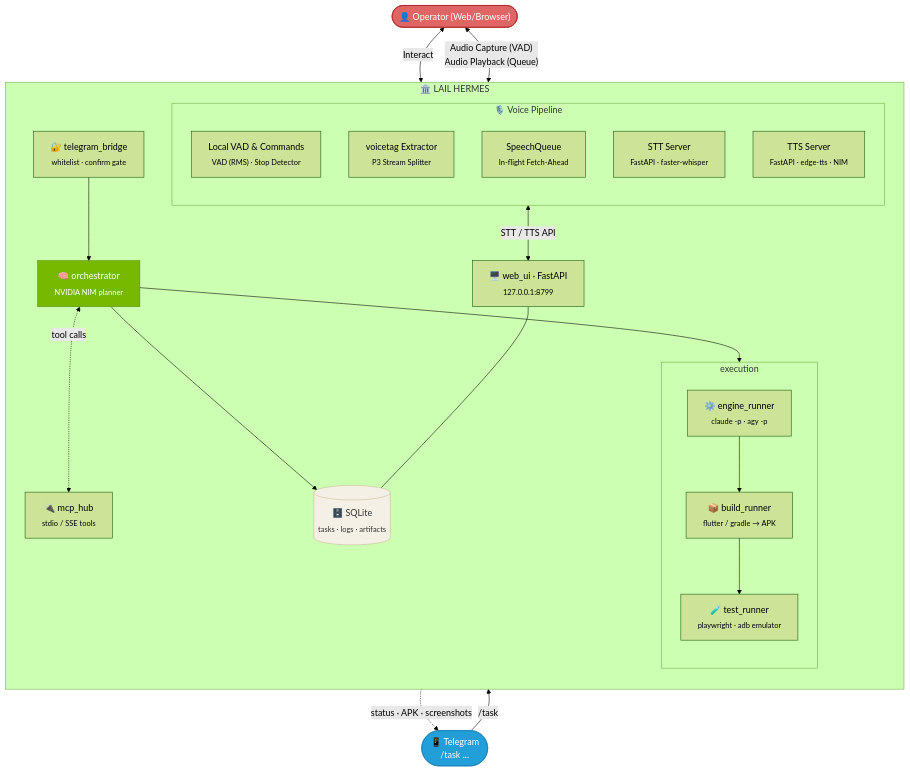
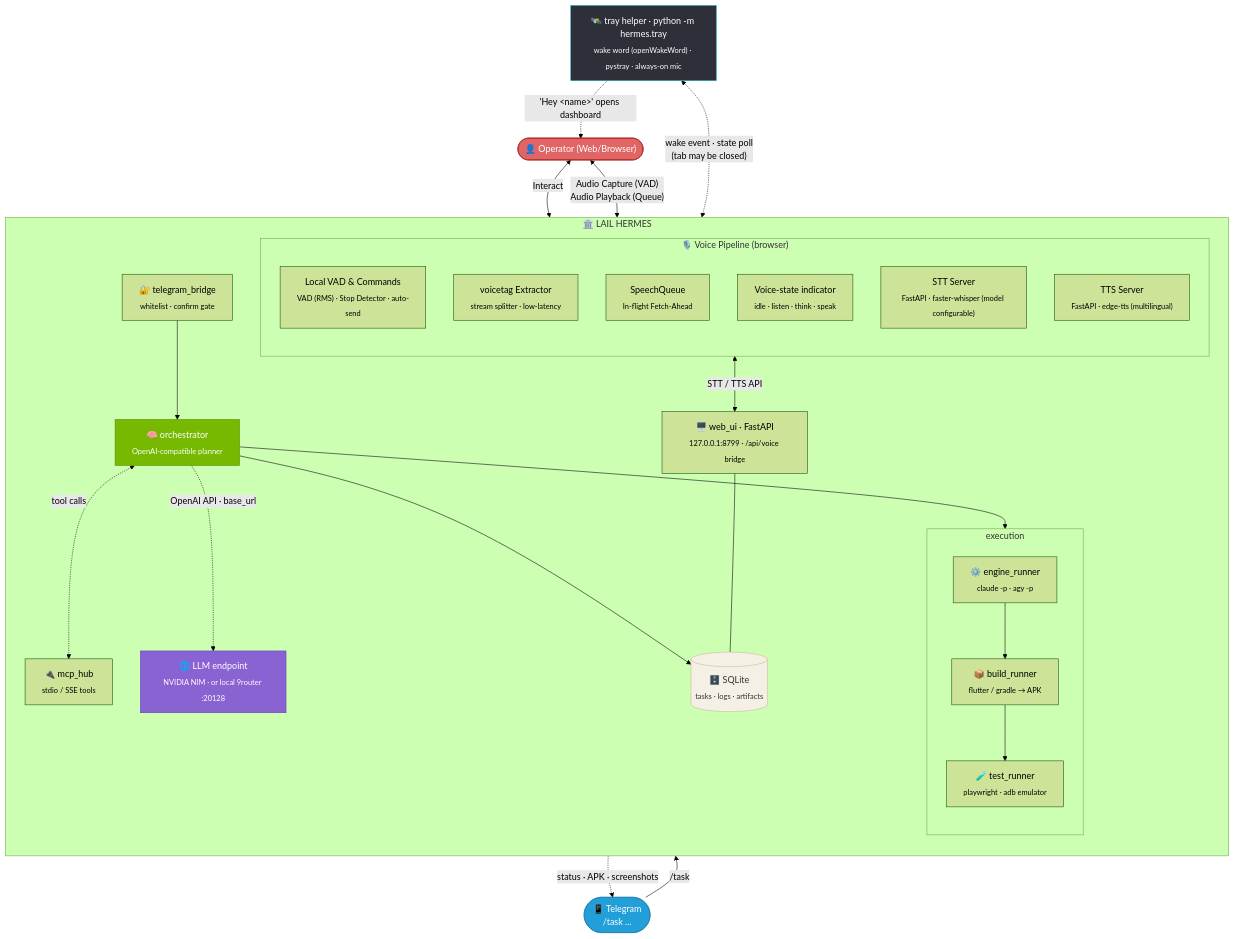
The diagram in README.md (farisqlail/lail-hermes-agent), drawn with Mermaid (forest theme) before and after one commit. The commit also changed other lines of this file, not shown here.

Commit message:
docs(readme): update flowchart and features for voice/tray/9router
Refresh the architecture flowchart with the LLM endpoint node (NIM or local
9router), the native wake-word tray helper, and the voice-state indicator. Add
feature notes for auto-send, the configurable STT model, multilingual TTS, the
wake word + Windows tray, and the pluggable OpenAI-compatible base_url. Update
the layout tree and install extras accordingly.

````diff
--- a/README.md
+++ b/README.md
@@ -43,54 +43,65 @@
 ```mermaid
 flowchart TD
     TG(["📱 Telegram<br/>/task ..."])
     OP(["👤 Operator (Web/Browser)"])
+    GW["🌐 LLM endpoint<br/><sub>NVIDIA NIM · or local 9router :20128</sub>"]
 
     subgraph HERMES["🏛️ LAIL HERMES"]
         direction TB
         BR["🔐 telegram_bridge<br/><sub>whitelist · confirm gate</sub>"]
-        OR["🧠 orchestrator<br/><sub>NVIDIA NIM planner</sub>"]
+        OR["🧠 orchestrator<br/><sub>OpenAI-compatible planner</sub>"]
         HUB["🔌 mcp_hub<br/><sub>stdio / SSE tools</sub>"]
 
         subgraph EXEC["execution"]
             direction TB
             ENG["⚙️ engine_runner<br/><sub>claude -p · agy -p</sub>"]
             BLD["📦 build_runner<br/><sub>flutter / gradle → APK</sub>"]
             TST["🧪 test_runner<br/><sub>playwright · adb emulator</sub>"]
             ENG --> BLD --> TST
         end
 
-        subgraph VOICE_SYS["🎙️ Voice Pipeline"]
+        subgraph VOICE_SYS["🎙️ Voice Pipeline (browser)"]
             direction TB
-            VAD["Local VAD & Commands<br/><sub>VAD (RMS) · Stop Detector</sub>"]
-            EXT["voicetag Extractor<br/><sub>P3 Stream Splitter</sub>"]
+            VAD["Local VAD & Commands<br/><sub>VAD (RMS) · Stop Detector · auto-send</sub>"]
+            EXT["voicetag Extractor<br/><sub>stream splitter · low-latency</sub>"]
             Q["SpeechQueue<br/><sub>In-flight Fetch-Ahead</sub>"]
-            STT_SRV["STT Server<br/><sub>FastAPI · faster-whisper</sub>"]
-            TTS_SRV["TTS Server<br/><sub>FastAPI · edge-tts · NIM</sub>"]
+            IND["Voice-state indicator<br/><sub>idle · listen · think · speak</sub>"]
+            STT_SRV["STT Server<br/><sub>FastAPI · faster-whisper (model configurable)</sub>"]
+            TTS_SRV["TTS Server<br/><sub>FastAPI · edge-tts (multilingual)</sub>"]
         end
 
-        UI["🖥️ web_ui · FastAPI<br/><sub>127.0.0.1:8799</sub>"]
+        UI["🖥️ web_ui · FastAPI<br/><sub>127.0.0.1:8799 · /api/voice bridge</sub>"]
         DB[("🗄️ SQLite<br/><sub>tasks · logs · artifacts</sub>")]
 
         BR --> OR
         OR <-.->|"tool calls"| HUB
+        OR -.->|"OpenAI API · base_url"| GW
         OR --> EXEC
         OR --> DB
         UI --- DB
     end
+
+    TRAY["🛰️ tray helper · python -m hermes.tray<br/><sub>wake word (openWakeWord) · pystray · always-on mic</sub>"]
 
     TG -->|"/task"| BR
     OR -.->|"status · APK · screenshots"| TG
 
     OP <-->|"Audio Capture (VAD)<br/>Audio Playback (Queue)"| VOICE_SYS
     VOICE_SYS <-->|"STT / TTS API"| UI
     OP <-->|"Interact"| UI
+    TRAY <-.->|"wake event · state poll<br/>(tab may be closed)"| UI
+    TRAY -.->|"'Hey &lt;name&gt;' opens dashboard"| OP
 
     classDef ext fill:#229ED9,stroke:#1a7fb0,color:#fff
     classDef brain fill:#76B900,stroke:#5a8c00,color:#fff
     classDef store fill:#f5f0e6,stroke:#c9b896,color:#333
     classDef op fill:#e06666,stroke:#a61c1c,color:#fff
+    classDef gw fill:#8a63d2,stroke:#5f3dc4,color:#fff
+    classDef tray fill:#2f2f3a,stroke:#12b5cb,color:#fff
     class TG ext
     class OR brain
     class DB store
     class OP op
+    class GW gw
+    class TRAY tray
 ```
````
